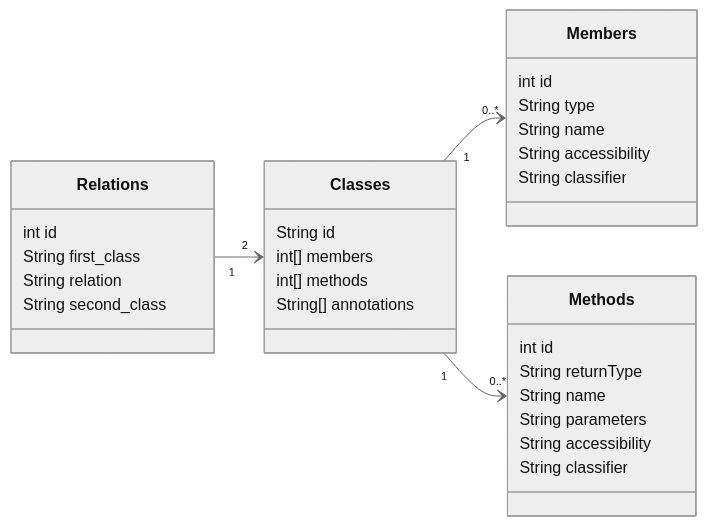
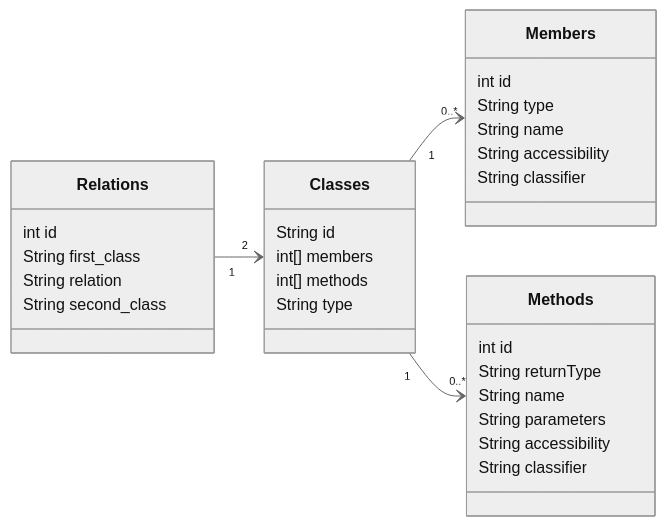
The first of 6 diagrams in README.md (quarterfall/parseidon), drawn with Mermaid (neutral theme) before and after one commit. The commit also changed other lines of this file and 15 other files, not shown here.

````diff
--- a/README.md
+++ b/README.md
@@ -9,34 +15,34 @@
 ```mermaid
  classDiagram
 direction LR
 Relations "1" --> "2" Classes
 Classes "1" --> "0..*" Members
 Classes "1" --> "0..*" Methods
 class Relations {
 int id
 String first_class
 String relation
 String second_class
 }
 class Classes {
 String id
 int[] members
 int[] methods
-String[] annotations
+String type
 }
 class Members {
 int id
 String type
 String name
 String accessibility
 String classifier
 }
 class Methods {
 int id
 String returnType
 String name
 String parameters
 String accessibility
 String classifier
 }
 ```
````
